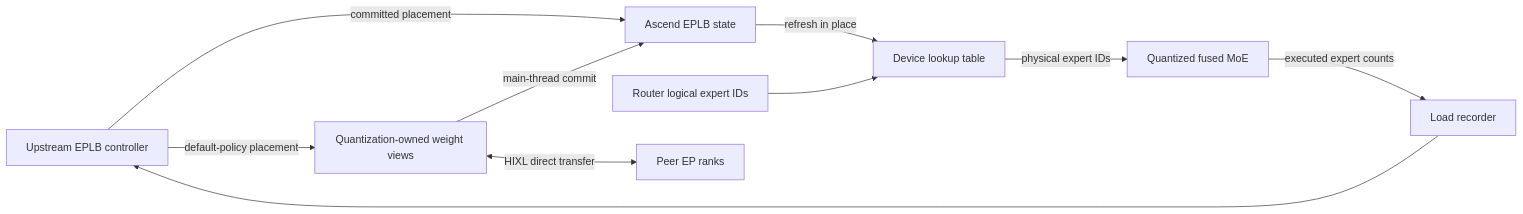
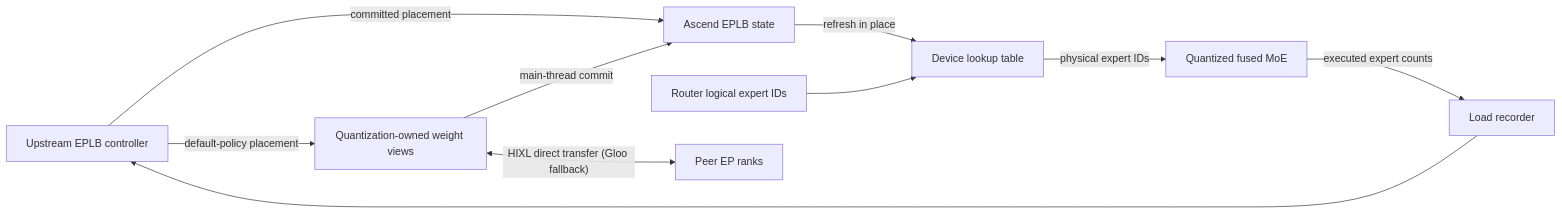
The diagram in docs/source/developer_guide/Design_Documents/model_runner_v2_eplb.md (vllm-project/vllm-ascend), drawn with Mermaid before and after one commit. The commit also changed other lines of this file and 3 other files, not shown here.

````diff
--- a/docs/source/developer_guide/Design_Documents/model_runner_v2_eplb.md
+++ b/docs/source/developer_guide/Design_Documents/model_runner_v2_eplb.md
@@ -32,12 +32,12 @@
 ```mermaid
 flowchart LR
     A["Upstream EPLB controller"] -->|"committed placement"| B["Ascend EPLB state"]
     B -->|"refresh in place"| C["Device lookup table"]
     D["Router logical expert IDs"] --> C
     C -->|"physical expert IDs"| E["Quantized fused MoE"]
     E -->|"executed expert counts"| F["Load recorder"]
     F --> A
     A -->|"default-policy placement"| G["Quantization-owned weight views"]
-    G <-->|"HIXL direct transfer"| H["Peer EP ranks"]
+    G <-->|"HIXL direct transfer (Gloo fallback)"| H["Peer EP ranks"]
     G -->|"main-thread commit"| B
 ```
````
